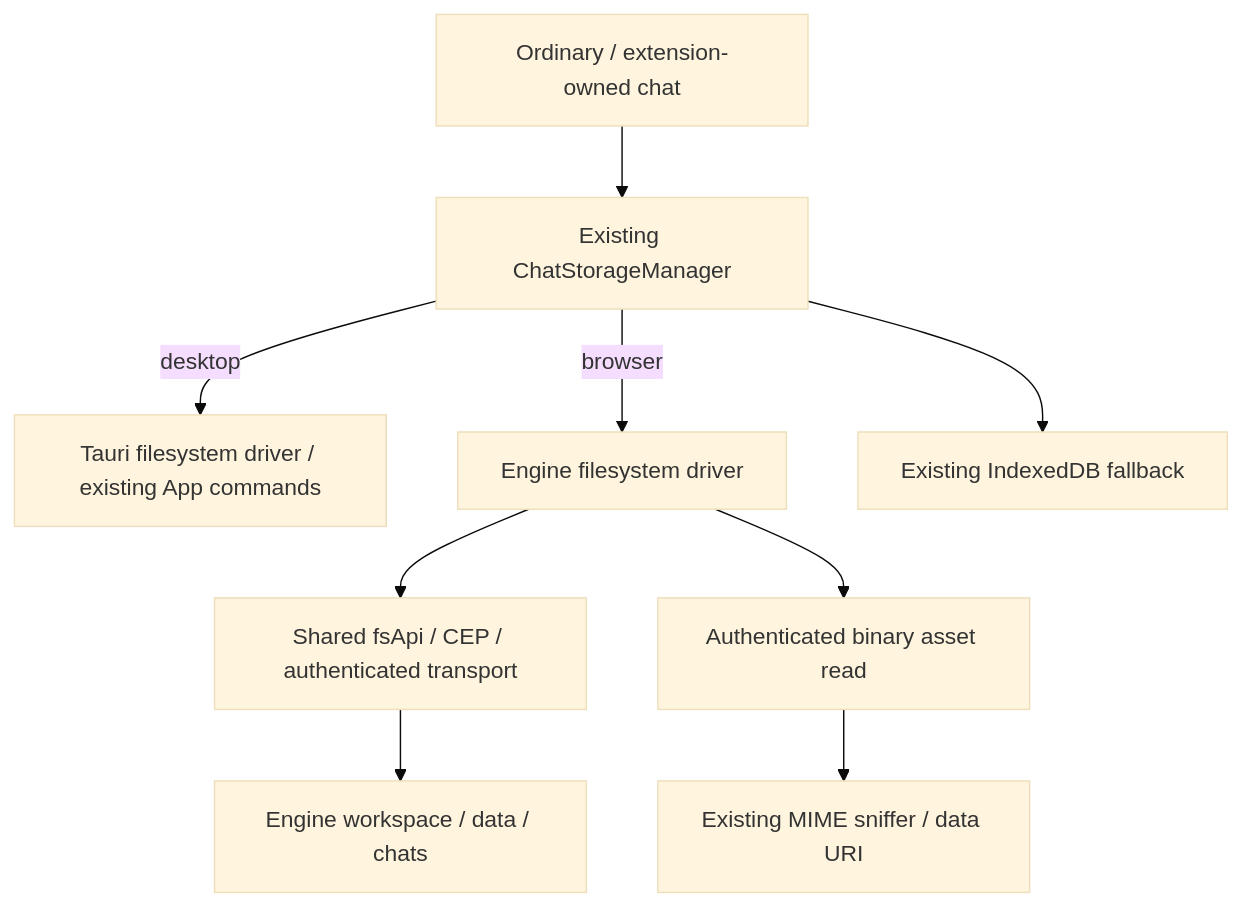
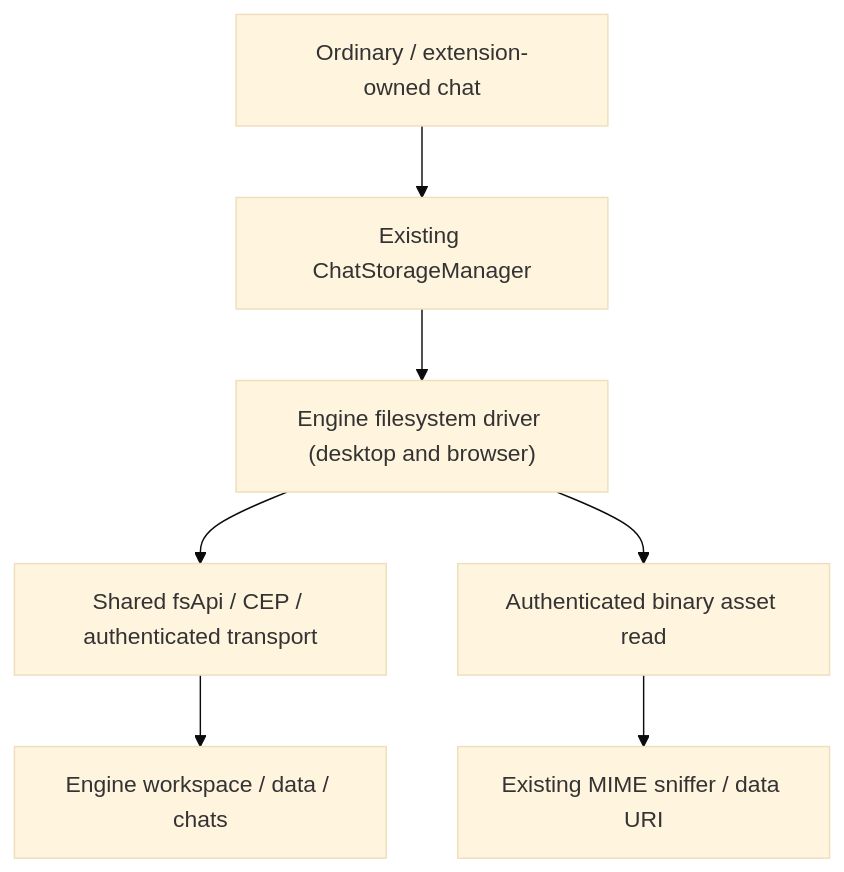
One commit to cluaiz/cluaiz-app changed the diagram in src/services/storage/README.md. Above: the diagram before and after it, drawn with Mermaid (base theme). The commit also changed other lines of this file and 5 other files, not shown here.

````diff
--- a/src/services/storage/README.md
+++ b/src/services/storage/README.md
@@ -12,11 +12,9 @@
 ```mermaid
 flowchart TD
     C["Ordinary / extension-owned chat"] --> M["Existing ChatStorageManager"]
-    M -->|"desktop"| T["Tauri filesystem driver / existing App commands"]
-    M -->|"browser"| E["Engine filesystem driver"]
+    M --> E["Engine filesystem driver (desktop and browser)"]
     E --> F["Shared fsApi / CEP / authenticated transport"]
     F --> D["Engine workspace / data / chats"]
-    M --> I["Existing IndexedDB fallback"]
     E --> A["Authenticated binary asset read"]
     A --> U["Existing MIME sniffer / data URI"]
 ```
````
